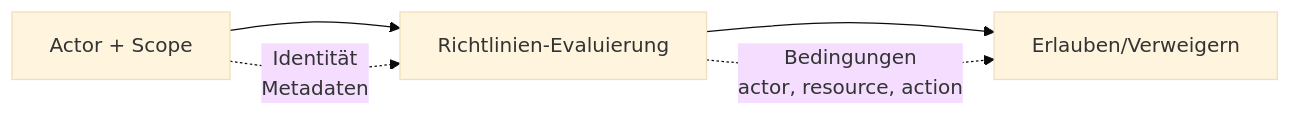
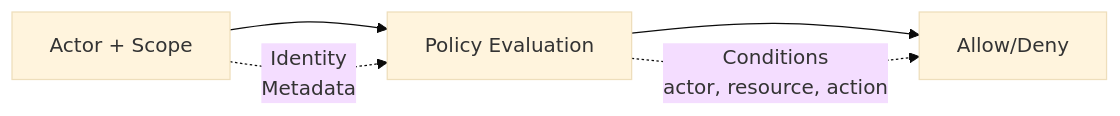
The diagram in de/system/security.md (wippyai/docs), drawn with Mermaid (base theme) before and after one commit. The commit also changed other lines of this file and 870 other files, not shown here.

````diff
--- a/de/system/security.md
+++ b/de/system/security.md
@@ -10,6 +12,6 @@
 ```mermaid
 flowchart LR
-    A[Actor + Scope] --> PE[Richtlinien-Evaluierung] --> AD[Erlauben/Verweigern]
-    A -.->|Identität<br/>Metadaten| PE
-    PE -.->|Bedingungen<br/>actor, resource, action| AD
+    A[Actor + Scope] --> PE[Policy Evaluation] --> AD[Allow/Deny]
+    A -.->|Identity<br/>Metadata| PE
+    PE -.->|Conditions<br/>actor, resource, action| AD
 ```
````
